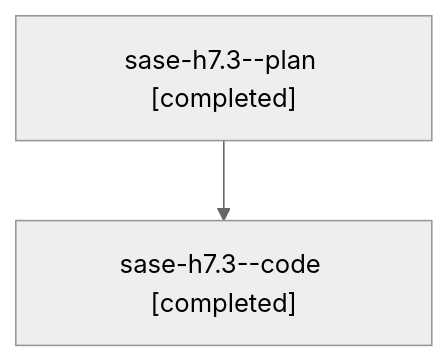
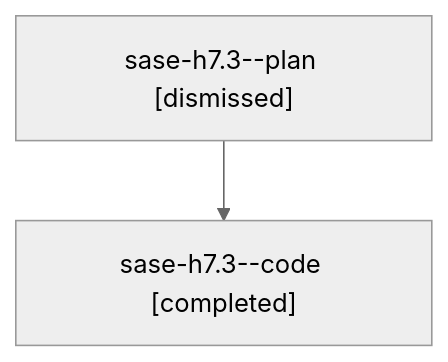
One commit to sase-org/sase--agents changed the diagram in families/bbugyi200.athena.sase-h7.3.md. Above: the diagram before and after it, drawn with Mermaid (neutral theme). The commit also changed other lines of this file and 112 other files, not shown here.

````diff
--- a/families/bbugyi200.athena.sase-h7.3.md
+++ b/families/bbugyi200.athena.sase-h7.3.md
@@ -9,6 +9,6 @@
 ```mermaid
 flowchart TD
-  n0["sase-h7.3--plan [completed]"]
+  n0["sase-h7.3--plan [dismissed]"]
   n1["sase-h7.3--code [completed]"]
   n0 --> n1
 ```
````
